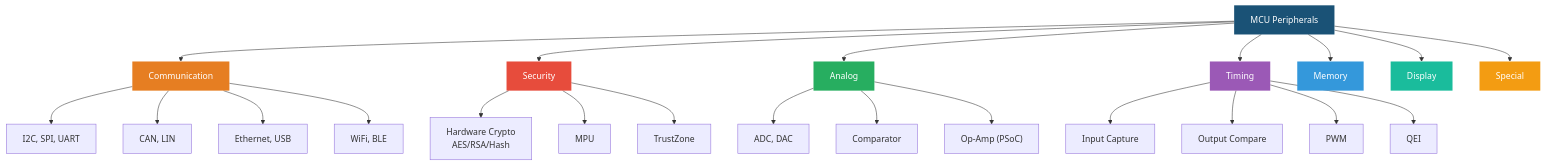
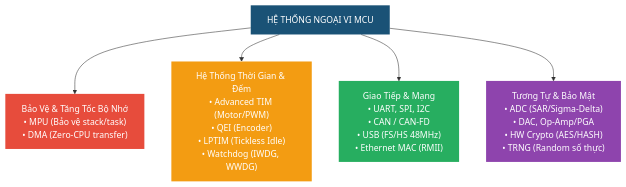
The fifth of 9 diagrams in 08_Selecting_MCU.md (MinnT15/RTOS), drawn with Mermaid before and after one commit. The commit also changed other lines of this file, not shown here.

Commit message:
docs: upgrade Chapter 8 Selecting the Right MCU to 100% textbook depth (Amos Ch4 & FreeRTOS hardware integration)

````diff
--- a/08_Selecting_MCU.md
+++ b/08_Selecting_MCU.md
@@ -139,37 +415,13 @@
 ```mermaid
 graph TD
-    MCU["MCU Peripherals"] --> COMM["Communication"]
-    MCU --> SECURITY["Security"]
-    MCU --> ANALOG["Analog"]
-    MCU --> TIMING["Timing"]
-    MCU --> MEMORY["Memory"]
-    MCU --> DISPLAY["Display"]
-    MCU --> SPECIAL["Special"]
+    PERIPH["HỆ THỐNG NGOẠI VI MCU"] --> MEM_PROT["Bảo Vệ & Tăng Tốc Bộ Nhớ<br/>• MPU (Bảo vệ stack/task)<br/>• DMA (Zero-CPU transfer)"]
+    PERIPH --> TIM_SYS["Hệ Thống Thời Gian & Đếm<br/>• Advanced TIM (Motor/PWM)<br/>• QEI (Encoder)<br/>• LPTIM (Tickless Idle)<br/>• Watchdog (IWDG, WWDG)"]
+    PERIPH --> COMM_SYS["Giao Tiếp & Mạng<br/>• UART, SPI, I2C<br/>• CAN / CAN-FD<br/>• USB (FS/HS 48MHz)<br/>• Ethernet MAC (RMII)"]
+    PERIPH --> ANALOG_SEC["Tương Tự & Bảo Mật<br/>• ADC (SAR/Sigma-Delta)<br/>• DAC, Op-Amp/PGA<br/>• HW Crypto (AES/HASH)<br/>• TRNG (Random số thực)"]
 
-    COMM --> C1["I2C, SPI, UART"]
-    COMM --> C2["CAN, LIN"]
-    COMM --> C3["Ethernet, USB"]
-    COMM --> C4["WiFi, BLE"]
-
-    SECURITY --> S1["Hardware Crypto<br/>AES/RSA/Hash"]
-    SECURITY --> S2["MPU"]
-    SECURITY --> S3["TrustZone"]
-
-    ANALOG --> A1["ADC, DAC"]
-    ANALOG --> A2["Comparator"]
-    ANALOG --> A3["Op-Amp (PSoC)"]
-
-    TIMING --> T1["Input Capture"]
-    TIMING --> T2["Output Compare"]
-    TIMING --> T3["PWM"]
-    TIMING --> T4["QEI"]
-
-    style MCU fill:#1a5276,color:#fff,stroke:none
-    style COMM fill:#e67e22,color:#fff,stroke:none
-    style SECURITY fill:#e74c3c,color:#fff,stroke:none
-    style ANALOG fill:#27ae60,color:#fff,stroke:none
-    style TIMING fill:#9b59b6,color:#fff,stroke:none
-    style MEMORY fill:#3498db,color:#fff,stroke:none
-    style DISPLAY fill:#1abc9c,color:#fff,stroke:none
-    style SPECIAL fill:#f39c12,color:#fff,stroke:none
+    style PERIPH fill:#1a5276,color:#fff,stroke:none
+    style MEM_PROT fill:#e74c3c,color:#fff,stroke:none
+    style TIM_SYS fill:#f39c12,color:#fff,stroke:none
+    style COMM_SYS fill:#27ae60,color:#fff,stroke:none
+    style ANALOG_SEC fill:#8e44ad,color:#fff,stroke:none
 ```
````
